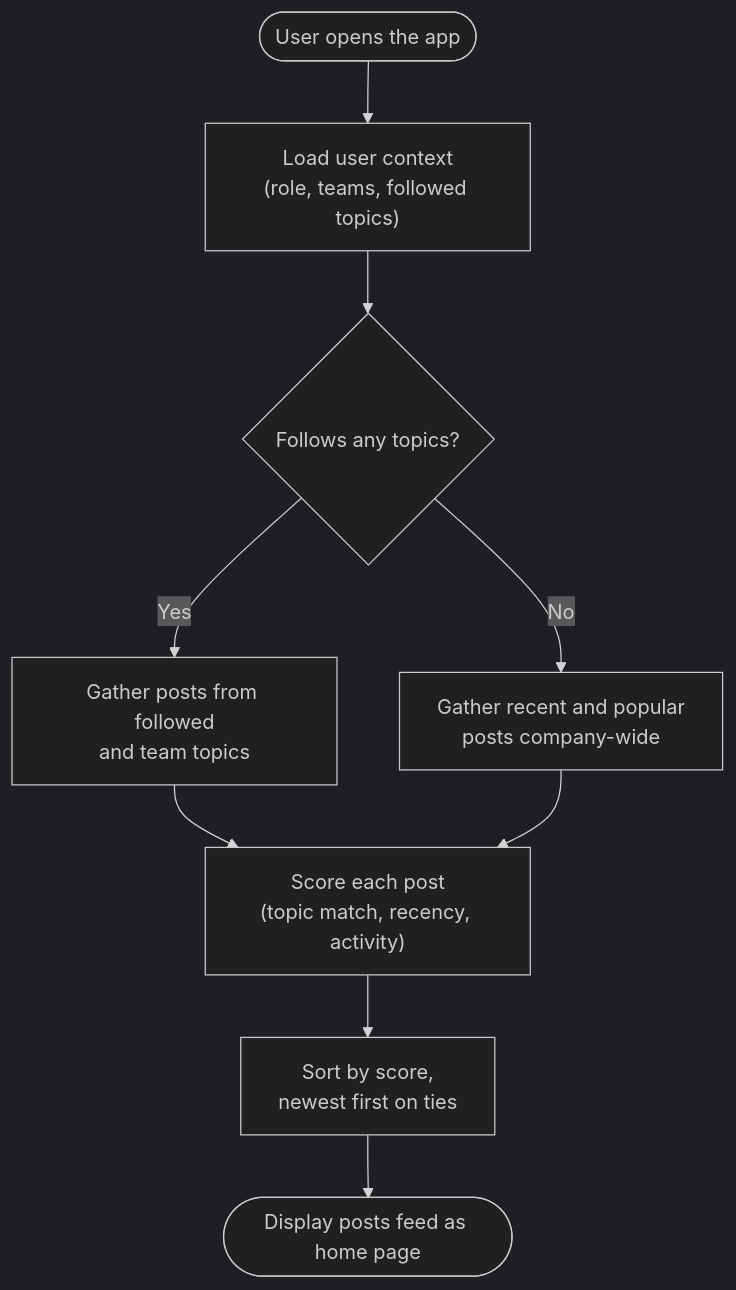
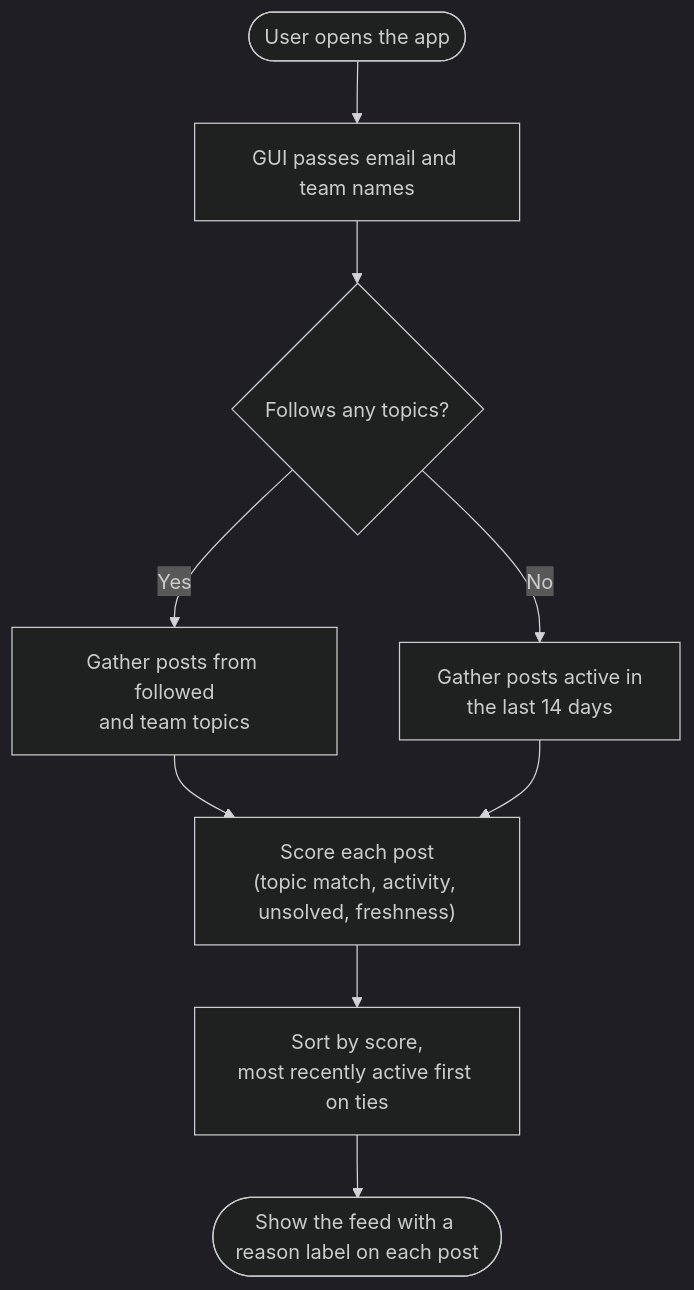
Before and after one commit to JamieMIP/Team-11-Project: the first of 3 diagrams in forums/README.md, drawn with Mermaid (dark theme). The commit also changed other lines of this file, not shown here.

Commit message:
Rewritten the forums readme with post types, updated diagrams, and a guide for UI

````diff
--- a/forums/README.md
+++ b/forums/README.md
@@ -39,11 +27,11 @@
 ```mermaid
 flowchart TD
-    A(["User opens the app"]) --> B["Load user context<br/>(role, teams, followed topics)"]
+    A(["User opens the app"]) --> B["GUI passes email and team names"]
     B --> C{"Follows any topics?"}
     C -- Yes --> D["Gather posts from followed<br/>and team topics"]
-    C -- No --> E["Gather recent and popular<br/>posts company-wide"]
-    D --> F["Score each post<br/>(topic match, recency, activity)"]
+    C -- No --> E["Gather posts active in<br/>the last 14 days"]
+    D --> F["Score each post<br/>(topic match, activity, unsolved, freshness)"]
     E --> F
-    F --> G["Sort by score,<br/>newest first on ties"]
-    G --> H(["Display posts feed as home page"])
+    F --> G["Sort by score,<br/>most recently active first on ties"]
+    G --> H(["Show the feed with a reason label on each post"])
 ```
````
